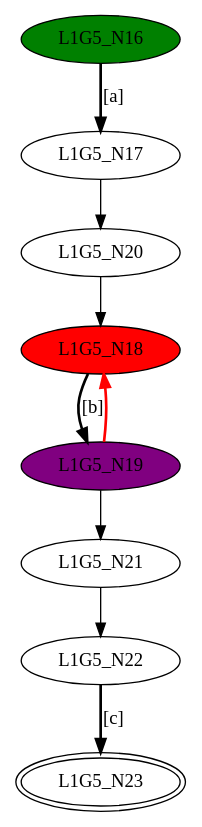
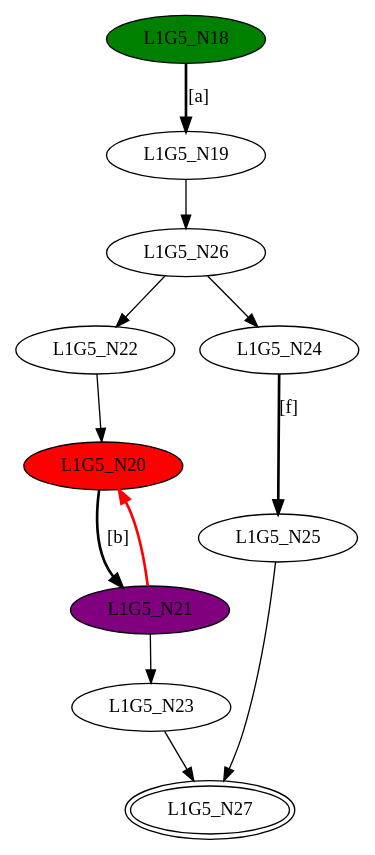
Before and after one commit to GDimitroulakos/EDUFLEX: the diagram in DFASimulator/Testbench/Concatenation_G5.dot, drawn with Graphviz. The commit also changed 34 other files, not shown here.

```diff
--- a/DFASimulator/Testbench/Concatenation_G5.dot
+++ b/DFASimulator/Testbench/Concatenation_G5.dot
@@ -1,18 +1,23 @@
 digraph G5{
-"L1G5_N16" [style=filled,fillcolor=green];
-"L1G5_N17";
-"L1G5_N18" [style=filled,fillcolor=red];
-"L1G5_N19" [style=filled,fillcolor=purple];
-"L1G5_N20";
-"L1G5_N21";
+"L1G5_N18" [style=filled,fillcolor=green];
+"L1G5_N19";
+"L1G5_N20" [style=filled,fillcolor=red];
+"L1G5_N21" [style=filled,fillcolor=purple];
 "L1G5_N22";
-"L1G5_N23" [peripheries=2];
-"L1G5_N16"->"L1G5_N17" [style = bold, label = "[a]"];
-"L1G5_N18"->"L1G5_N19" [style = bold, label = "[b]"];
-"L1G5_N20"->"L1G5_N18";
-"L1G5_N19"->"L1G5_N21";
-"L1G5_N19"->"L1G5_N18" [color=red,style = bold, label = ""];
-"L1G5_N17"->"L1G5_N20";
-"L1G5_N22"->"L1G5_N23" [style = bold, label = "[c]"];
-"L1G5_N21"->"L1G5_N22";
+"L1G5_N23";
+"L1G5_N24";
+"L1G5_N25";
+"L1G5_N26";
+"L1G5_N27" [peripheries=2];
+"L1G5_N18"->"L1G5_N19" [style = bold, label = "[a]"];
+"L1G5_N20"->"L1G5_N21" [style = bold, label = "[b]"];
+"L1G5_N22"->"L1G5_N20";
+"L1G5_N21"->"L1G5_N23";
+"L1G5_N21"->"L1G5_N20" [color=red,style = bold, label = ""];
+"L1G5_N24"->"L1G5_N25" [style = bold, label = "[f]"];
+"L1G5_N26"->"L1G5_N22";
+"L1G5_N26"->"L1G5_N24";
+"L1G5_N25"->"L1G5_N27";
+"L1G5_N23"->"L1G5_N27";
+"L1G5_N19"->"L1G5_N26";
 }
```
